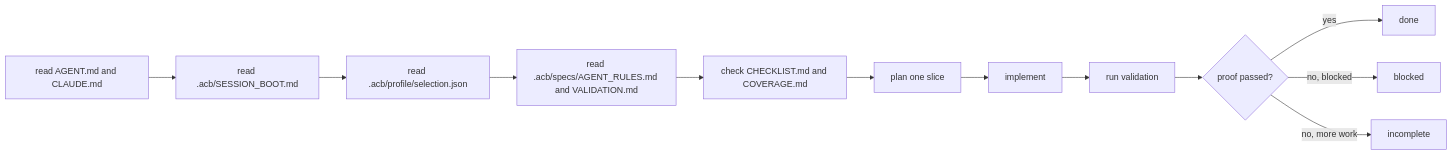
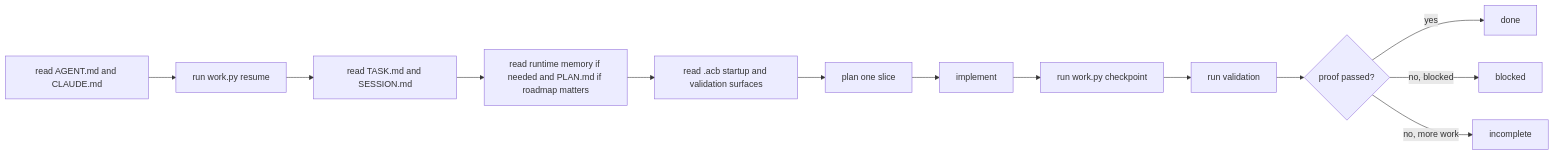
Before and after one commit to someflydev/agent-context-base: the third of 4 diagrams in docs/ARCHITECTURE_MAP.md, drawn with Mermaid. The commit also changed other lines of this file and 9 other files, not shown here.

````diff
--- a/docs/ARCHITECTURE_MAP.md
+++ b/docs/ARCHITECTURE_MAP.md
@@ -54,14 +55,15 @@
 ```mermaid
 flowchart LR
-    A[read AGENT.md and CLAUDE.md] --> B[read .acb/SESSION_BOOT.md]
-    B --> C[read .acb/profile/selection.json]
-    C --> D[read .acb/specs/AGENT_RULES.md and VALIDATION.md]
-    D --> E[check CHECKLIST.md and COVERAGE.md]
+    A[read AGENT.md and CLAUDE.md] --> B[run work.py resume]
+    B --> C[read TASK.md and SESSION.md]
+    C --> D[read runtime memory if needed and PLAN.md if roadmap matters]
+    D --> E[read .acb startup and validation surfaces]
     E --> F[plan one slice]
     F --> G[implement]
-    G --> H[run validation]
-    H --> I{proof passed?}
-    I -->|yes| J[done]
-    I -->|no, blocked| K[blocked]
-    I -->|no, more work| L[incomplete]
+    G --> H[run work.py checkpoint]
+    H --> I[run validation]
+    I --> J{proof passed?}
+    J -->|yes| K[done]
+    J -->|no, blocked| L[blocked]
+    J -->|no, more work| M[incomplete]
 ```
````
